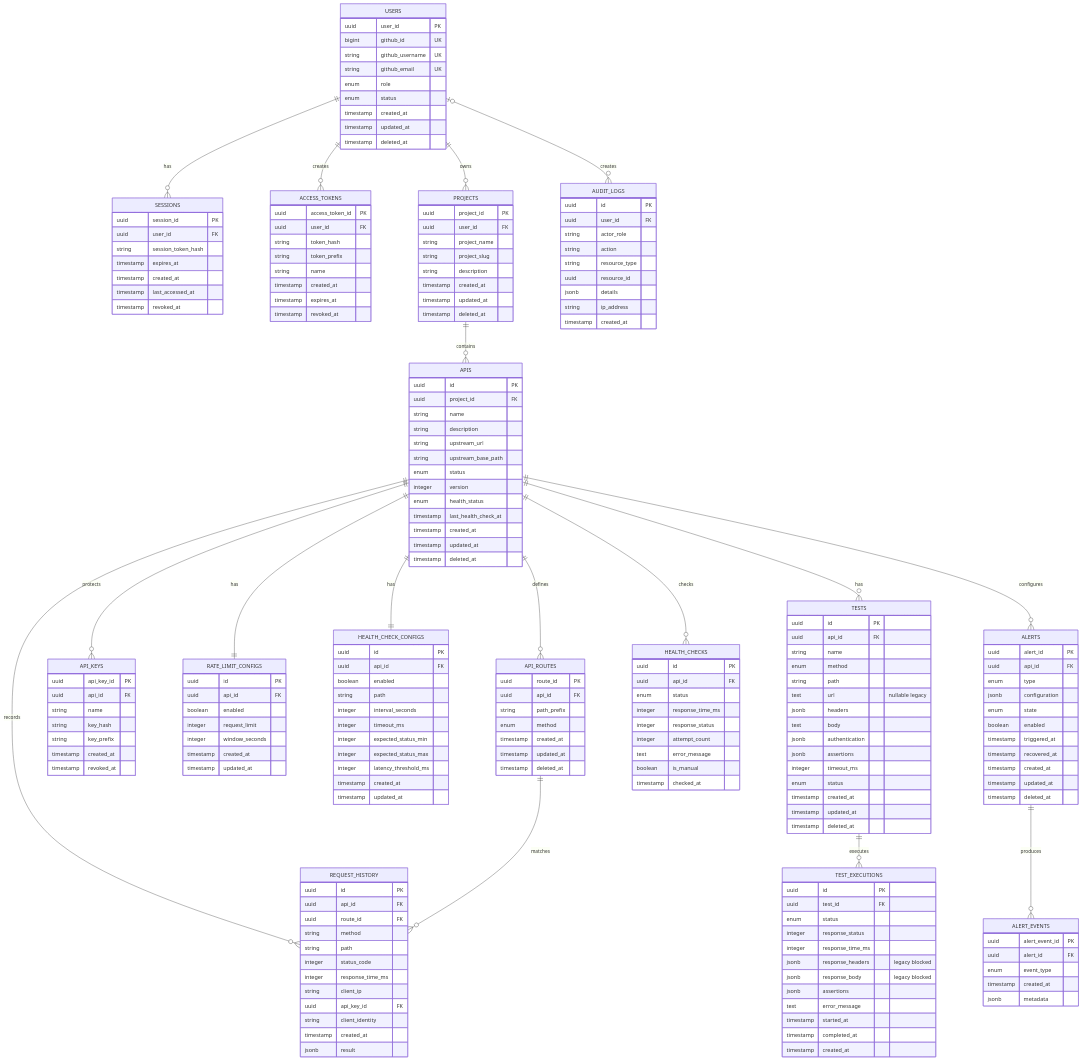
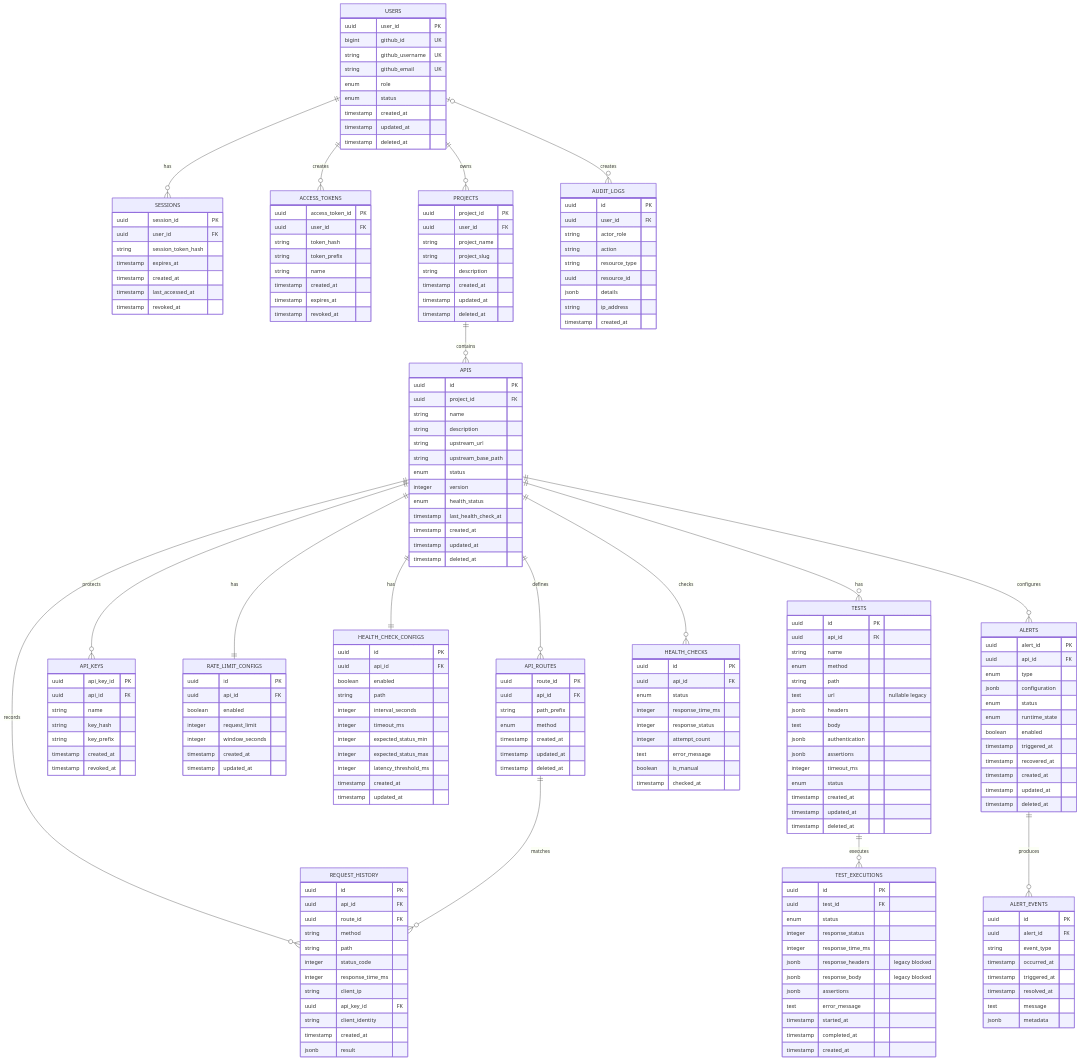
Before and after one commit to y1say2yash/GateWatch: the diagram in docs/01-system-specification/06-data-model.md, drawn with Mermaid. The commit also changed other lines of this file and 13 other files, not shown here.

Commit message:
feat: persist alert state transitions and event history

```diff
--- a/docs/01-system-specification/06-data-model.md
+++ b/docs/01-system-specification/06-data-model.md
@@ -204,7 +204,8 @@
         uuid api_id FK
         enum type
         jsonb configuration
-        enum state
+        enum status
+        enum runtime_state
         boolean enabled
         timestamp triggered_at
         timestamp recovered_at
@@ -214,10 +215,13 @@
     }
 
     ALERT_EVENTS {
-        uuid alert_event_id PK
+        uuid id PK
         uuid alert_id FK
-        enum event_type
-        timestamp created_at
+        string event_type
+        timestamp occurred_at
+        timestamp triggered_at
+        timestamp resolved_at
+        text message
         jsonb metadata
     }
 
```
